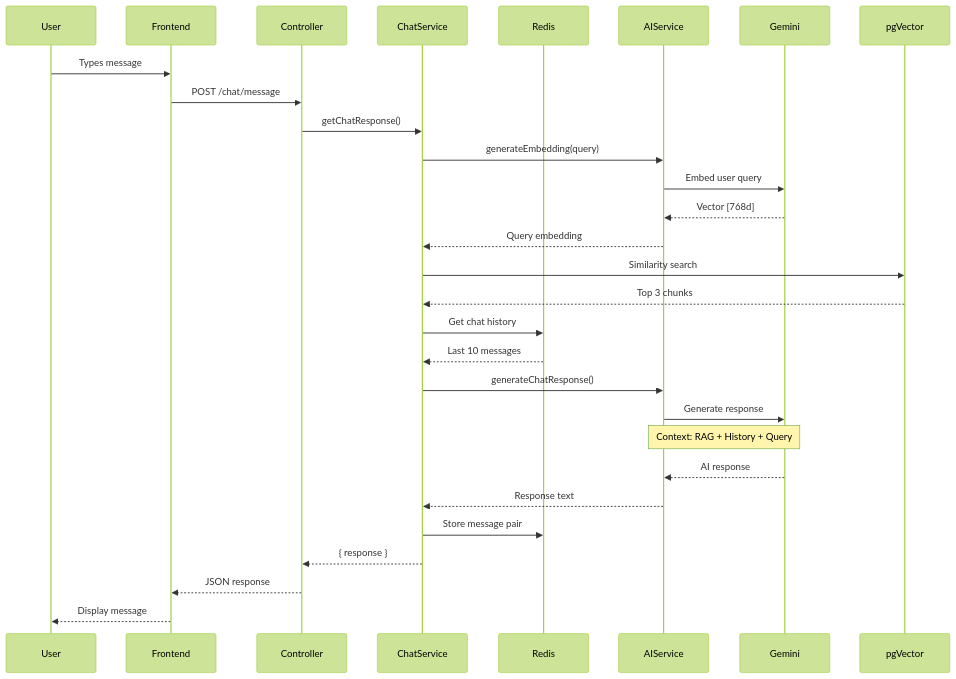
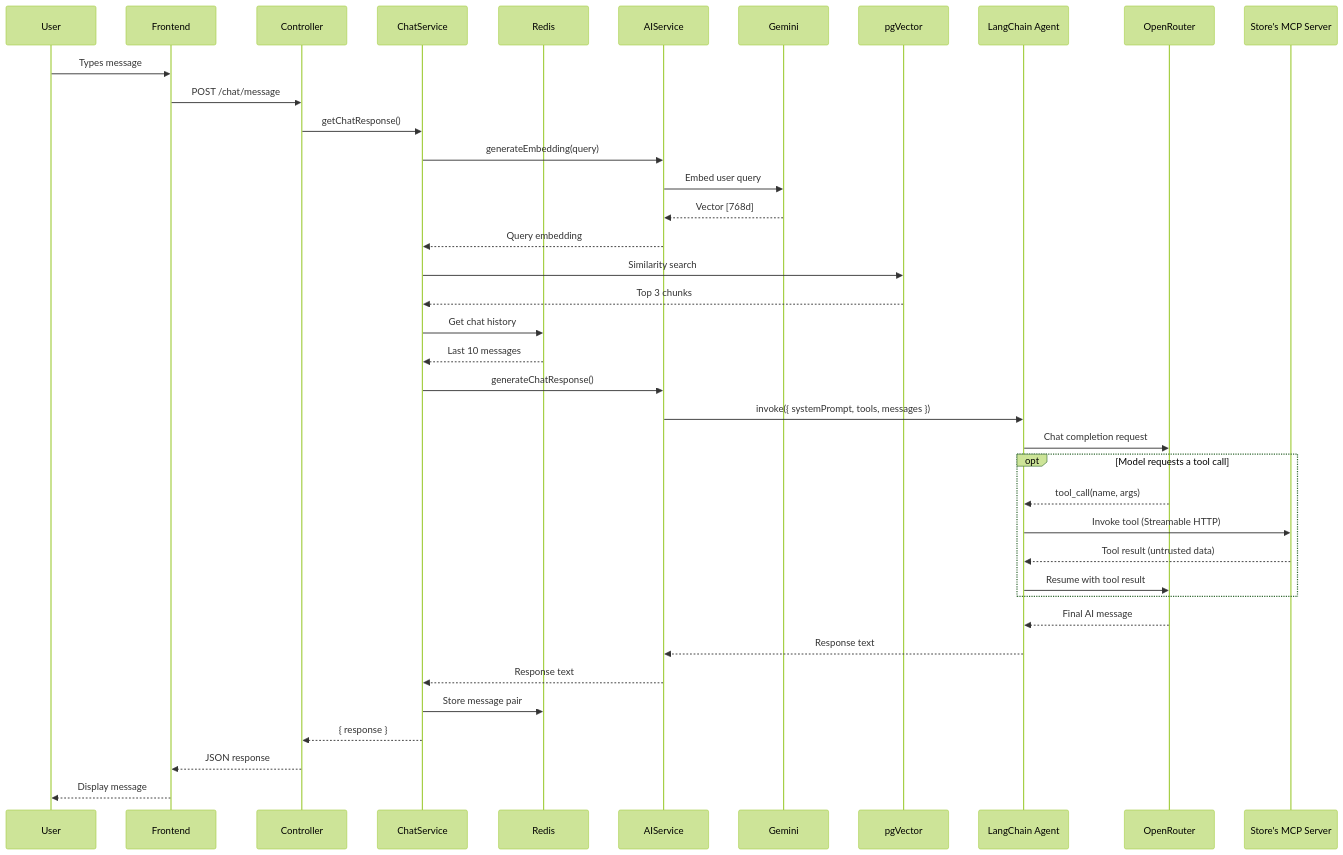
One commit to Rohit1419/Customer-Support-AI-Agent changed the second of 2 diagrams in Readme.md. Above: the diagram before and after it, drawn with Mermaid (forest theme). The commit also changed other lines of this file, not shown here.

Commit message:
feat: enhance README with agentic tool-calling and model-agnostic inference details

````diff
--- a/Readme.md
+++ b/Readme.md
@@ -69,38 +87,50 @@
 ```mermaid
 sequenceDiagram
     participant User
     participant Frontend
     participant Controller
     participant ChatService
     participant Redis
     participant AIService
     participant Gemini
     participant pgVector
+    participant Agent as LangChain Agent
+    participant OpenRouter
+    participant MCP as Store's MCP Server
 
     User->>Frontend: Types message
     Frontend->>Controller: POST /chat/message
 
     Controller->>ChatService: getChatResponse()
 
     ChatService->>AIService: generateEmbedding(query)
     AIService->>Gemini: Embed user query
     Gemini-->>AIService: Vector [768d]
     AIService-->>ChatService: Query embedding
 
     ChatService->>pgVector: Similarity search
     pgVector-->>ChatService: Top 3 chunks
 
     ChatService->>Redis: Get chat history
     Redis-->>ChatService: Last 10 messages
 
     ChatService->>AIService: generateChatResponse()
-    AIService->>Gemini: Generate response
-    Note over AIService,Gemini: Context: RAG + History + Query
-    Gemini-->>AIService: AI response
+    AIService->>Agent: invoke({ systemPrompt, tools, messages })
+    Agent->>OpenRouter: Chat completion request
+
+    opt Model requests a tool call
+        OpenRouter-->>Agent: tool_call(name, args)
+        Agent->>MCP: Invoke tool (Streamable HTTP)
+        MCP-->>Agent: Tool result (untrusted data)
+        Agent->>OpenRouter: Resume with tool result
+    end
+
+    OpenRouter-->>Agent: Final AI message
+    Agent-->>AIService: Response text
     AIService-->>ChatService: Response text
 
     ChatService->>Redis: Store message pair
     ChatService-->>Controller: { response }
     Controller-->>Frontend: JSON response
     Frontend-->>User: Display message
 ```
````
